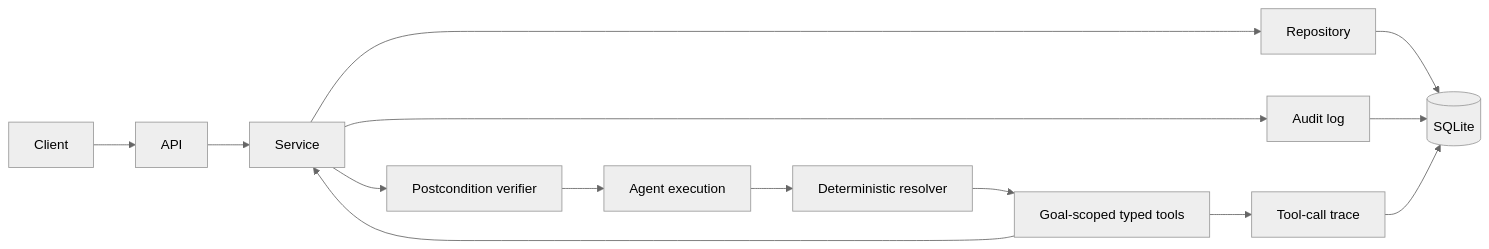
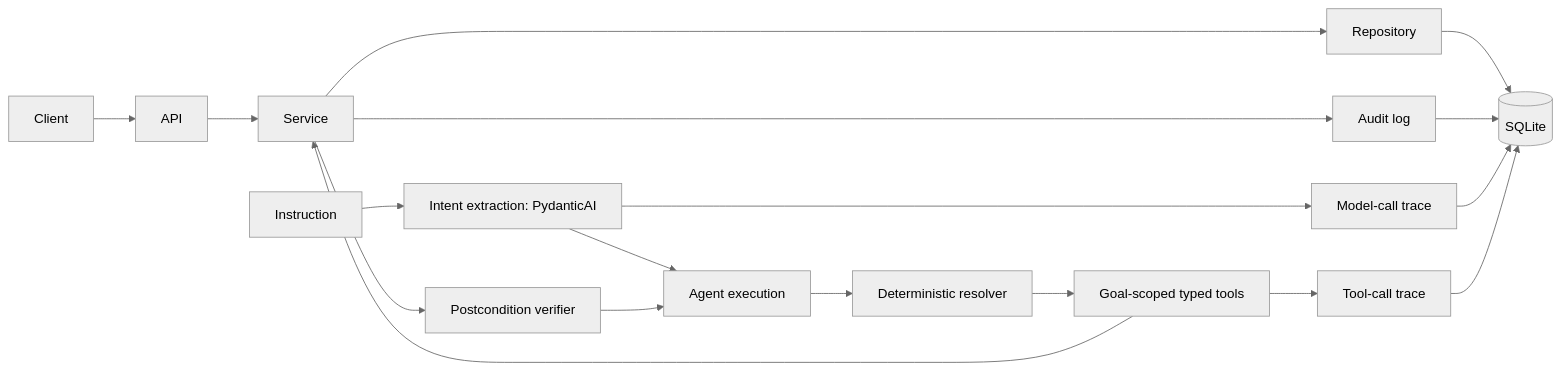
One commit to bksampadi/saas-agent-lab changed the diagram in README.md. Above: the diagram before and after it, drawn with Mermaid (neutral theme). The commit also changed other lines of this file and 1 other file, not shown here.

First line of the commit message:
Update agent roadmap for natural-language planning

````diff
--- a/README.md
+++ b/README.md
@@ -66,19 +66,23 @@
 ```mermaid
 flowchart LR
     Client --> API
     API --> Service
     Service --> Repository
     Repository --> DB[(SQLite)]
 
     Service --> Audit[Audit log]
     Audit --> DB
 
-    AgentRun[Agent execution] --> Resolver[Deterministic resolver]
+    Instruction --> Planner[Intent extraction: PydanticAI]
+    Planner --> ModelTrace[Model-call trace]
+    Planner --> AgentRun[Agent execution]
+    AgentRun --> Resolver[Deterministic resolver]
     Resolver --> Tools[Goal-scoped typed tools]
     Tools --> Service
     Tools --> Trace[Tool-call trace]
+    ModelTrace --> DB
     Trace --> DB
 
     Service --> Verifier[Postcondition verifier]
     Verifier --> AgentRun
 ```
````
